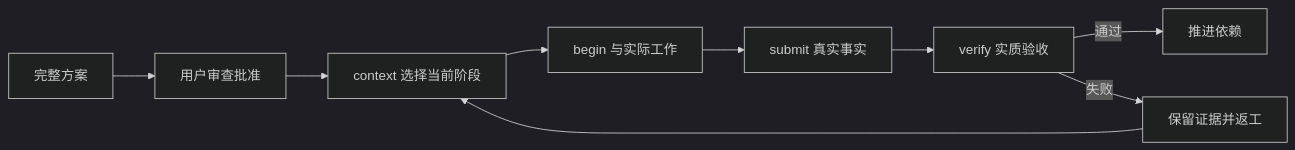
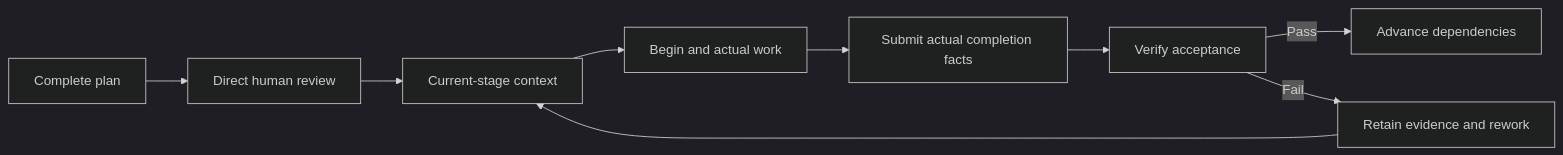
One commit to Frrrrred/SCIAutoHarness changed the diagram in README.md. Above: the diagram before and after it, drawn with Mermaid (dark theme). The commit also changed other lines of this file and 38 other files, not shown here.

````diff
--- a/README.md
+++ b/README.md
@@ -31,11 +34,11 @@
 ```mermaid
 flowchart LR
-    A[完整方案] --> B[用户审查批准]
-    B --> C[context 选择当前阶段]
-    C --> D[begin 与实际工作]
-    D --> E[submit 真实事实]
-    E --> F[verify 实质验收]
-    F -->|通过| G[推进依赖]
-    F -->|失败| H[保留证据并返工]
+    A[Complete plan] --> B[Direct human review]
+    B --> C[Current-stage context]
+    C --> D[Begin and actual work]
+    D --> E[Submit actual completion facts]
+    E --> F[Verify acceptance]
+    F -->|Pass| G[Advance dependencies]
+    F -->|Fail| H[Retain evidence and rework]
     H --> C
 ```
````
